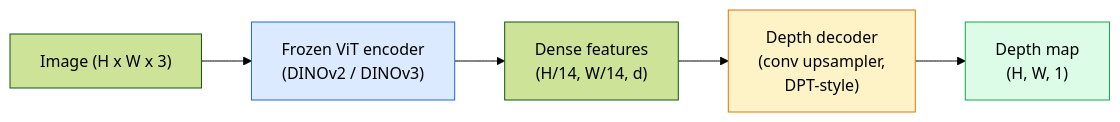
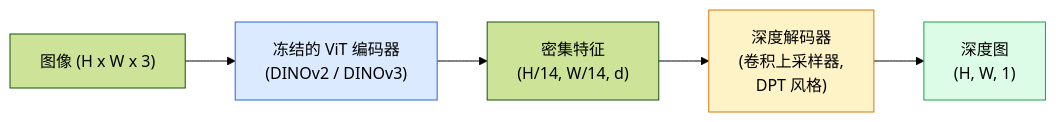
The diagram in lessons/04-computer-vision/26-monocular-depth/docs/zh.md (guangningsun/ailearning), drawn with Mermaid (forest theme) before and after one commit. The commit also changed other lines of this file and 29 other files, not shown here.

````diff
--- a/lessons/04-computer-vision/26-monocular-depth/docs/zh.md
+++ b/lessons/04-computer-vision/26-monocular-depth/docs/zh.md
@@ -36,11 +36,11 @@
 ```mermaid
 flowchart LR
-    IMG["Image (H x W x 3)"] --> ENC["Frozen ViT encoder<br/>(DINOv2 / DINOv3)"]
-    ENC --> FEATS["Dense features<br/>(H/14, W/14, d)"]
-    FEATS --> DEC["Depth decoder<br/>(conv upsampler,<br/>DPT-style)"]
-    DEC --> DEPTH["Depth map<br/>(H, W, 1)"]
+    IMG["图像 (H x W x 3)"] --> ENC["冻结的 ViT 编码器<br/>(DINOv2 / DINOv3)"]
+    ENC --> FEATS["密集特征<br/>(H/14, W/14, d)"]
+    FEATS --> DEC["深度解码器<br/>(卷积上采样器,<br/>DPT 风格)"]
+    DEC --> DEPTH["深度图<br/>(H, W, 1)"]
 
     style ENC fill:#dbeafe,stroke:#2563eb
     style DEC fill:#fef3c7,stroke:#d97706
     style DEPTH fill:#dcfce7,stroke:#16a34a
 ```
````
